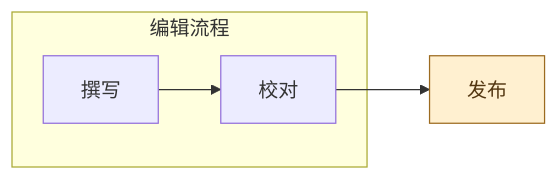
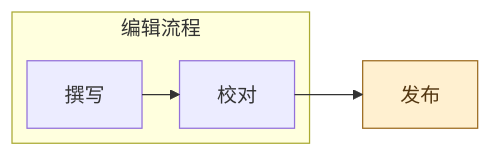
The third of 5 diagrams in examples/验收示例.md (Zerokei/Litos-Companion), drawn with Mermaid before and after one commit. The commit also changed other lines of this file and 24 other files, not shown here.

````diff
--- a/examples/验收示例.md
+++ b/examples/验收示例.md
@@ -20,9 +31,13 @@
 ```mermaid
+---
+config:
+  layout: elk
+---
 flowchart LR
     subgraph Writing[编辑流程]
         A[撰写] --> B[校对]
     end
     B --> C[发布]
     classDef highlighted fill:#fff0d0,stroke:#9c6b20,color:#533610
     class C highlighted
 ```
````
